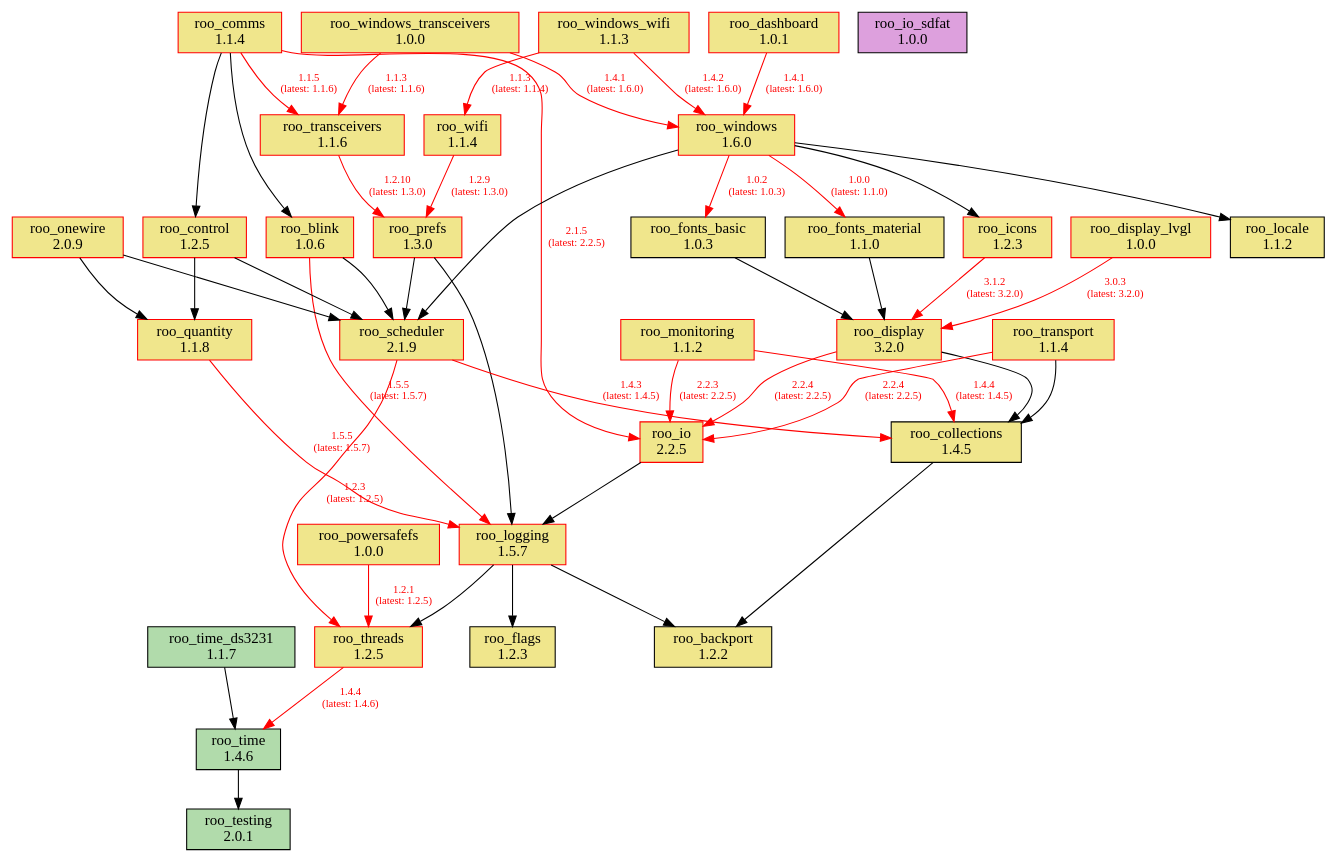
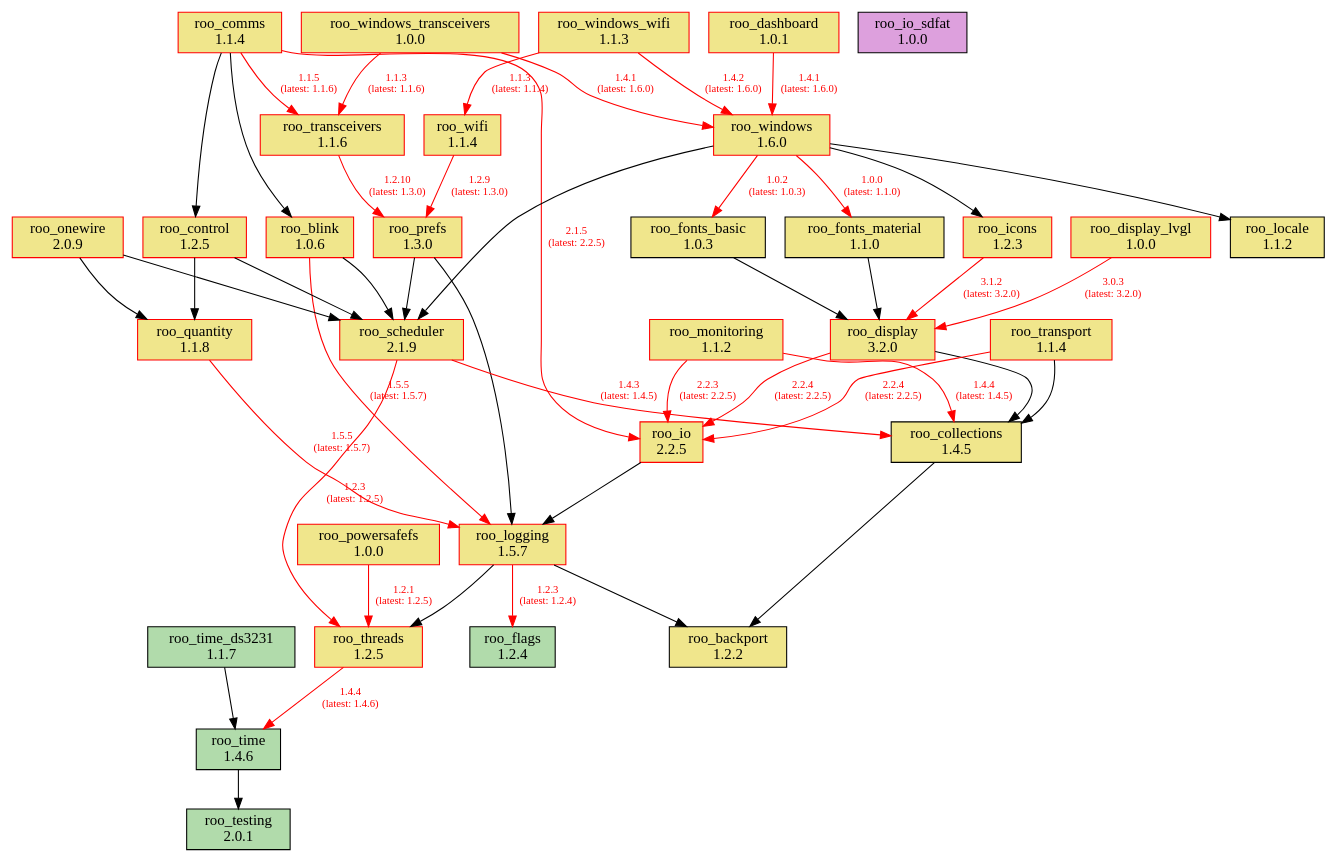
The diagram in doc/dependencies.dot (dejwk/roo-registry), drawn with Graphviz before and after one commit. The commit also changed 3 other files, not shown here.

Commit message:
Added roo_flags 1.2.4 to the registry.

```diff
--- a/doc/dependencies.dot
+++ b/doc/dependencies.dot
@@ -1,87 +1,87 @@
 digraph dependencies {
     rankdir=TB;
     node [shape=box, style=filled];
     edge [fontsize=10];
 
     // Modules
     "roo_backport" [label="roo_backport\n1.2.2", fillcolor="khaki", color="black"];
     "roo_blink" [label="roo_blink\n1.0.6", fillcolor="khaki", color="red"];
     "roo_collections" [label="roo_collections\n1.4.5", fillcolor="khaki", color="black"];
     "roo_comms" [label="roo_comms\n1.1.4", fillcolor="khaki", color="red"];
     "roo_control" [label="roo_control\n1.2.5", fillcolor="khaki", color="red"];
     "roo_dashboard" [label="roo_dashboard\n1.0.1", fillcolor="khaki", color="red"];
     "roo_display" [label="roo_display\n3.2.0", fillcolor="khaki", color="red"];
     "roo_display_lvgl" [label="roo_display_lvgl\n1.0.0", fillcolor="khaki", color="red"];
-    "roo_flags" [label="roo_flags\n1.2.3", fillcolor="khaki", color="black"];
+    "roo_flags" [label="roo_flags\n1.2.4", fillcolor="#b1dbab", color="black"];
     "roo_fonts_basic" [label="roo_fonts_basic\n1.0.3", fillcolor="khaki", color="black"];
     "roo_fonts_material" [label="roo_fonts_material\n1.1.0", fillcolor="khaki", color="black"];
     "roo_icons" [label="roo_icons\n1.2.3", fillcolor="khaki", color="red"];
     "roo_io" [label="roo_io\n2.2.5", fillcolor="khaki", color="red"];
     "roo_io_sdfat" [label="roo_io_sdfat\n1.0.0", fillcolor="plum", color="black"];
     "roo_locale" [label="roo_locale\n1.1.2", fillcolor="khaki", color="black"];
     "roo_logging" [label="roo_logging\n1.5.7", fillcolor="khaki", color="red"];
     "roo_monitoring" [label="roo_monitoring\n1.1.2", fillcolor="khaki", color="red"];
     "roo_onewire" [label="roo_onewire\n2.0.9", fillcolor="khaki", color="red"];
     "roo_powersafefs" [label="roo_powersafefs\n1.0.0", fillcolor="khaki", color="red"];
     "roo_prefs" [label="roo_prefs\n1.3.0", fillcolor="khaki", color="red"];
     "roo_quantity" [label="roo_quantity\n1.1.8", fillcolor="khaki", color="red"];
     "roo_scheduler" [label="roo_scheduler\n2.1.9", fillcolor="khaki", color="red"];
     "roo_testing" [label="roo_testing\n2.0.1", fillcolor="#b1dbab", color="black"];
     "roo_threads" [label="roo_threads\n1.2.5", fillcolor="khaki", color="red"];
     "roo_time" [label="roo_time\n1.4.6", fillcolor="#b1dbab", color="black"];
     "roo_time_ds3231" [label="roo_time_ds3231\n1.1.7", fillcolor="#b1dbab", color="black"];
     "roo_transceivers" [label="roo_transceivers\n1.1.6", fillcolor="khaki", color="red"];
     "roo_transport" [label="roo_transport\n1.1.4", fillcolor="khaki", color="red"];
     "roo_wifi" [label="roo_wifi\n1.1.4", fillcolor="khaki", color="red"];
     "roo_windows" [label="roo_windows\n1.6.0", fillcolor="khaki", color="red"];
     "roo_windows_transceivers" [label="roo_windows_transceivers\n1.0.0", fillcolor="khaki", color="red"];
     "roo_windows_wifi" [label="roo_windows_wifi\n1.1.3", fillcolor="khaki", color="red"];
 
     // Dependencies
     "roo_blink" -> "roo_logging" [color=red, fontcolor=red, label="1.5.5\n(latest: 1.5.7)"];
     "roo_blink" -> "roo_scheduler";
     "roo_collections" -> "roo_backport";
     "roo_comms" -> "roo_blink";
     "roo_comms" -> "roo_control";
     "roo_comms" -> "roo_io" [color=red, fontcolor=red, label="2.1.5\n(latest: 2.2.5)"];
     "roo_comms" -> "roo_transceivers" [color=red, fontcolor=red, label="1.1.5\n(latest: 1.1.6)"];
     "roo_control" -> "roo_quantity";
     "roo_control" -> "roo_scheduler";
     "roo_dashboard" -> "roo_windows" [color=red, fontcolor=red, label="1.4.1\n(latest: 1.6.0)"];
     "roo_display" -> "roo_collections";
     "roo_display" -> "roo_io" [color=red, fontcolor=red, label="2.2.4\n(latest: 2.2.5)"];
     "roo_display_lvgl" -> "roo_display" [color=red, fontcolor=red, label="3.0.3\n(latest: 3.2.0)"];
     "roo_fonts_basic" -> "roo_display";
     "roo_fonts_material" -> "roo_display";
     "roo_icons" -> "roo_display" [color=red, fontcolor=red, label="3.1.2\n(latest: 3.2.0)"];
     "roo_io" -> "roo_logging";
     "roo_logging" -> "roo_backport";
-    "roo_logging" -> "roo_flags";
+    "roo_logging" -> "roo_flags" [color=red, fontcolor=red, label="1.2.3\n(latest: 1.2.4)"];
     "roo_logging" -> "roo_threads";
     "roo_monitoring" -> "roo_collections" [color=red, fontcolor=red, label="1.4.4\n(latest: 1.4.5)"];
     "roo_monitoring" -> "roo_io" [color=red, fontcolor=red, label="2.2.3\n(latest: 2.2.5)"];
     "roo_onewire" -> "roo_scheduler";
     "roo_onewire" -> "roo_quantity";
     "roo_powersafefs" -> "roo_threads" [color=red, fontcolor=red, label="1.2.1\n(latest: 1.2.5)"];
     "roo_prefs" -> "roo_logging";
     "roo_prefs" -> "roo_scheduler";
     "roo_quantity" -> "roo_logging" [color=red, fontcolor=red, label="1.5.5\n(latest: 1.5.7)"];
     "roo_scheduler" -> "roo_collections" [color=red, fontcolor=red, label="1.4.3\n(latest: 1.4.5)"];
     "roo_scheduler" -> "roo_threads" [color=red, fontcolor=red, label="1.2.3\n(latest: 1.2.5)"];
     "roo_threads" -> "roo_time" [color=red, fontcolor=red, label="1.4.4\n(latest: 1.4.6)"];
     "roo_time" -> "roo_testing";
     "roo_time_ds3231" -> "roo_time";
     "roo_transceivers" -> "roo_prefs" [color=red, fontcolor=red, label="1.2.10\n(latest: 1.3.0)"];
     "roo_transport" -> "roo_collections";
     "roo_transport" -> "roo_io" [color=red, fontcolor=red, label="2.2.4\n(latest: 2.2.5)"];
     "roo_wifi" -> "roo_prefs" [color=red, fontcolor=red, label="1.2.9\n(latest: 1.3.0)"];
     "roo_windows" -> "roo_fonts_basic" [color=red, fontcolor=red, label="1.0.2\n(latest: 1.0.3)"];
     "roo_windows" -> "roo_fonts_material" [color=red, fontcolor=red, label="1.0.0\n(latest: 1.1.0)"];
     "roo_windows" -> "roo_locale";
     "roo_windows" -> "roo_icons";
     "roo_windows" -> "roo_scheduler";
     "roo_windows_transceivers" -> "roo_transceivers" [color=red, fontcolor=red, label="1.1.3\n(latest: 1.1.6)"];
     "roo_windows_transceivers" -> "roo_windows" [color=red, fontcolor=red, label="1.4.1\n(latest: 1.6.0)"];
     "roo_windows_wifi" -> "roo_wifi" [color=red, fontcolor=red, label="1.1.3\n(latest: 1.1.4)"];
     "roo_windows_wifi" -> "roo_windows" [color=red, fontcolor=red, label="1.4.2\n(latest: 1.6.0)"];
 }
```
